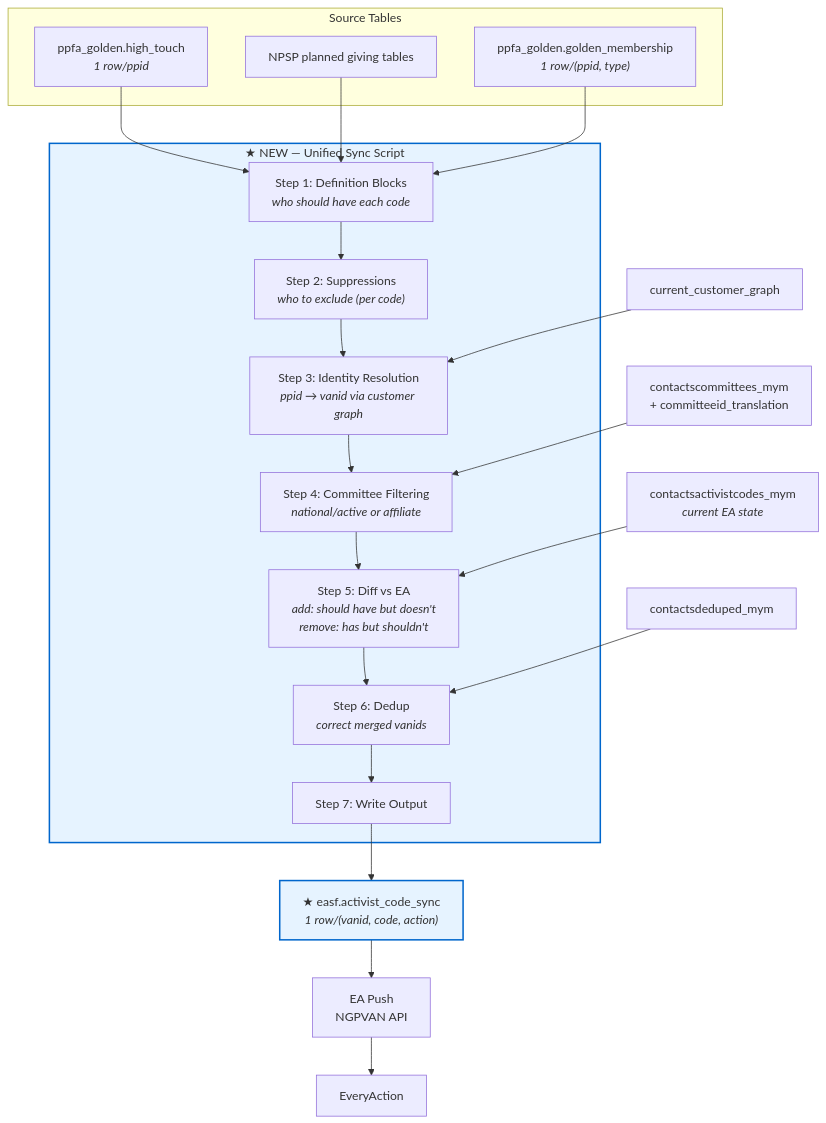
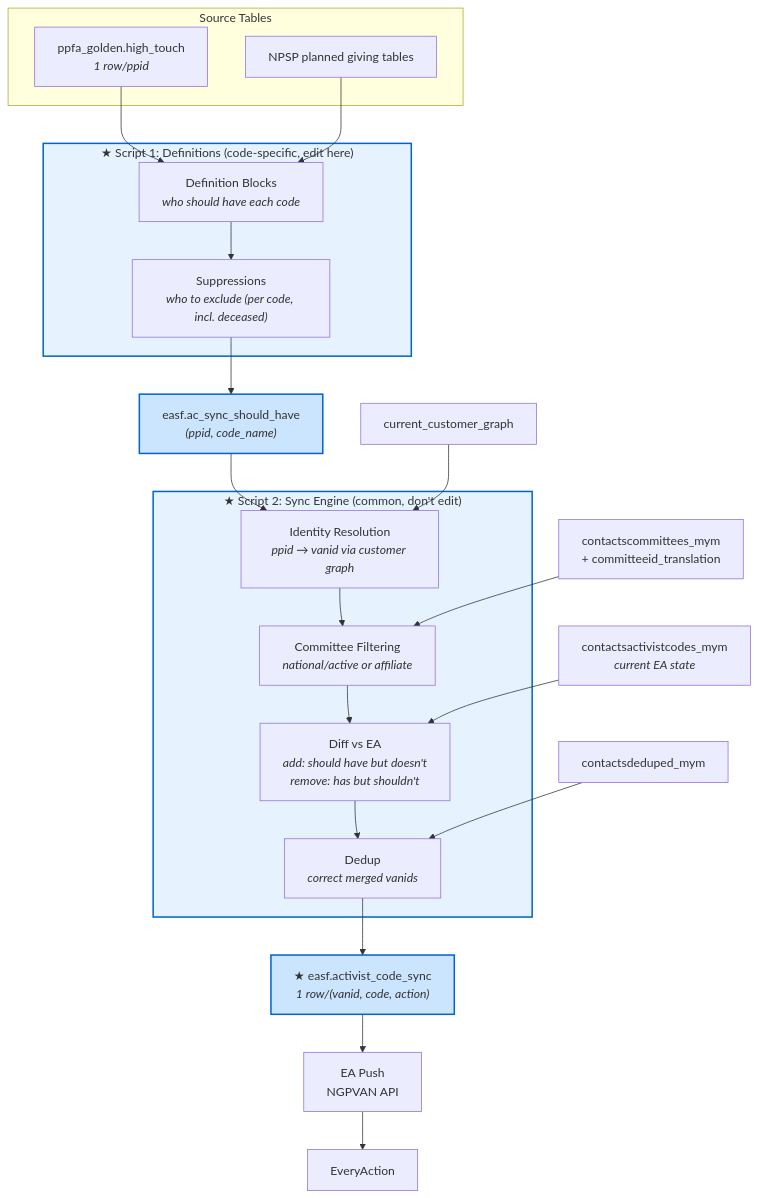
One commit to arielkaplanppfa/Civis changed the diagram in Activist Code Workflows - Summary and Proposal.md. Above: the diagram before and after it, drawn with Mermaid. The commit also changed other lines of this file, not shown here.

Commit message:
Updating data flow

````diff
--- a/Activist Code Workflows - Summary and Proposal.md
+++ b/Activist Code Workflows - Summary and Proposal.md
@@ -651,43 +651,47 @@
 ```mermaid
 graph TD
     subgraph Sources["Source Tables"]
         ht["ppfa_golden.high_touch<br/><i>1 row/ppid</i>"]
         pg["NPSP planned giving tables"]
-        gm["ppfa_golden.golden_membership<br/><i>1 row/(ppid, type)</i>"]
     end
 
-    subgraph NEW["★ NEW — Unified Sync Script"]
-        defs["Step 1: Definition Blocks<br/><i>who should have each code</i>"]
-        suppress["Step 2: Suppressions<br/><i>who to exclude (per code)</i>"]
-        resolve["Step 3: Identity Resolution<br/><i>ppid → vanid via customer graph</i>"]
-        committee["Step 4: Committee Filtering<br/><i>national/active or affiliate</i>"]
-        diff["Step 5: Diff vs EA<br/><i>add: should have but doesn't<br/>remove: has but shouldn't</i>"]
-        dedup["Step 6: Dedup<br/><i>correct merged vanids</i>"]
-        write["Step 7: Write Output"]
+    subgraph SCRIPT1["★ Script 1: Definitions (code-specific, edit here)"]
+        defs["Definition Blocks<br/><i>who should have each code</i>"]
+        suppress["Suppressions<br/><i>who to exclude (per code, incl. deceased)</i>"]
+    end
+
+    bridge["easf.ac_sync_should_have<br/><i>(ppid, code_name)</i>"]
+
+    subgraph SCRIPT2["★ Script 2: Sync Engine (common, don't edit)"]
+        resolve["Identity Resolution<br/><i>ppid → vanid via customer graph</i>"]
+        committee["Committee Filtering<br/><i>national/active or affiliate</i>"]
+        diff["Diff vs EA<br/><i>add: should have but doesn't<br/>remove: has but shouldn't</i>"]
+        dedup["Dedup<br/><i>correct merged vanids</i>"]
     end
 
     output["★ easf.activist_code_sync<br/><i>1 row/(vanid, code, action)</i>"]
     push["EA Push<br/>NGPVAN API"]
     EA["EveryAction"]
 
     ht --> defs
     pg --> defs
-    gm --> defs
     defs --> suppress
-    suppress --> resolve
+    suppress --> bridge
 
+    bridge --> resolve
     ccg["current_customer_graph"] --> resolve
     resolve --> committee
     cc["contactscommittees_mym<br/>+ committeeid_translation"] --> committee
     committee --> diff
     ac["contactsactivistcodes_mym<br/><i>current EA state</i>"] --> diff
     diff --> dedup
     dd["contactsdeduped_mym"] --> dedup
-    dedup --> write
-    write --> output
+    dedup --> output
     output --> push
     push --> EA
 
-    style NEW fill:#e6f3ff,stroke:#0066cc,stroke-width:2px
-    style output fill:#e6f3ff,stroke:#0066cc,stroke-width:2px
+    style SCRIPT1 fill:#e6f3ff,stroke:#0066cc,stroke-width:2px
+    style SCRIPT2 fill:#e6f3ff,stroke:#0066cc,stroke-width:2px
+    style bridge fill:#cce5ff,stroke:#0066cc,stroke-width:2px
+    style output fill:#cce5ff,stroke:#0066cc,stroke-width:2px
 ```
````
